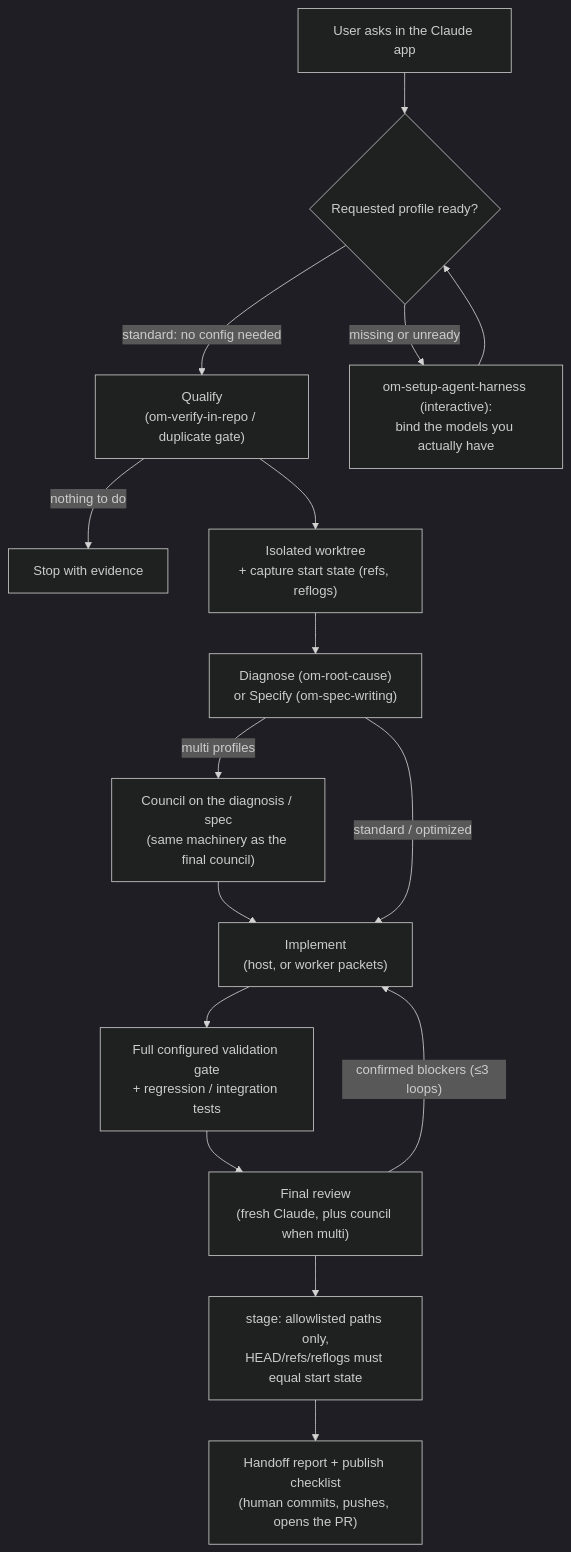
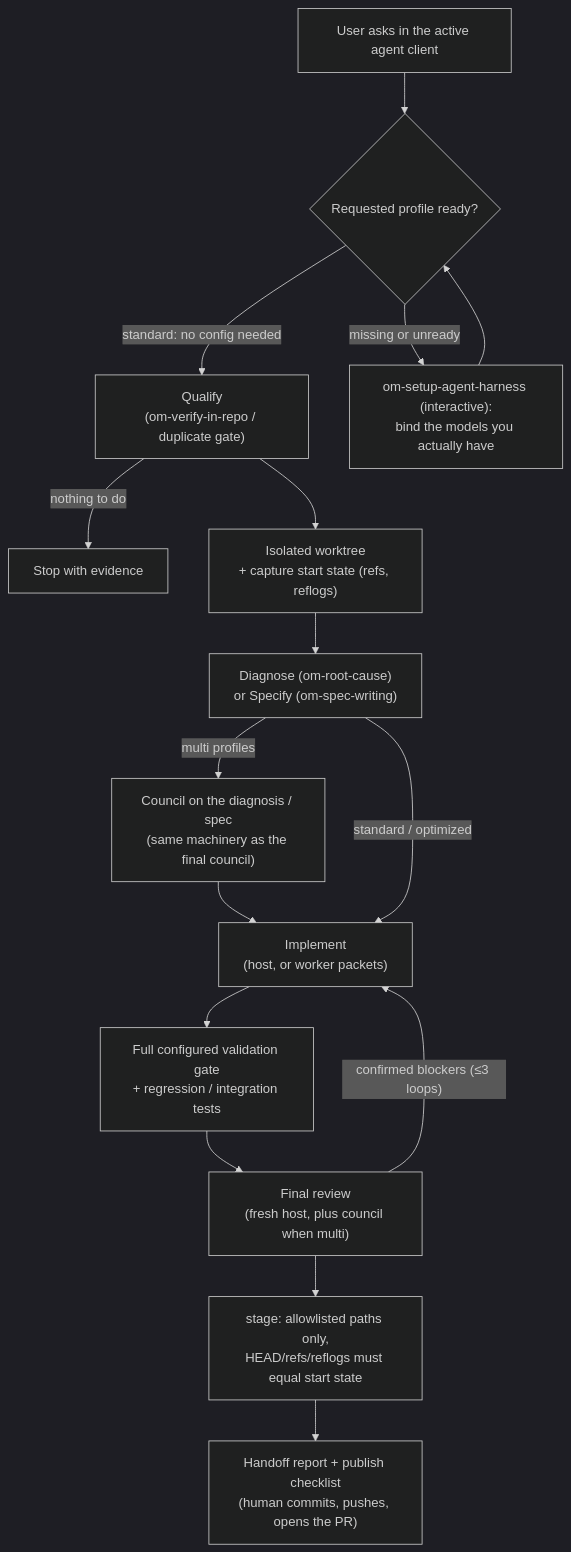
The first of 4 diagrams in skills/om-harness/README.md (open-mercato/skills), drawn with Mermaid (dark theme) before and after one commit. The commit also changed other lines of this file and 26 other files, not shown here.

````diff
--- a/skills/om-harness/README.md
+++ b/skills/om-harness/README.md
@@ -78,18 +77,18 @@
 ```mermaid
 flowchart TD
-    U[User asks in the Claude app] --> P{Requested profile ready?}
+    U[User asks in the active agent client] --> P{Requested profile ready?}
     P -- "standard: no config needed" --> Q
     P -- "missing or unready" --> S["om-setup-agent-harness (interactive):<br/>bind the models you actually have"]
     S --> P
     Q["Qualify<br/>(om-verify-in-repo / duplicate gate)"] -- "nothing to do" --> STOP1[Stop with evidence]
     Q --> W["Isolated worktree<br/>+ capture start state (refs, reflogs)"]
     W --> D["Diagnose (om-root-cause)<br/>or Specify (om-spec-writing)"]
     D -- "multi profiles" --> C1["Council on the diagnosis / spec<br/>(same machinery as the final council)"]
     C1 --> I
     D -- "standard / optimized" --> I["Implement<br/>(host, or worker packets)"]
     I --> V["Full configured validation gate<br/>+ regression / integration tests"]
-    V --> C2["Final review<br/>(fresh Claude, plus council when multi)"]
+    V --> C2["Final review<br/>(fresh host, plus council when multi)"]
     C2 -- "confirmed blockers (≤3 loops)" --> I
     C2 --> ST["stage: allowlisted paths only,<br/>HEAD/refs/reflogs must equal start state"]
     ST --> R["Handoff report + publish checklist<br/>(human commits, pushes, opens the PR)"]
 ```
````
